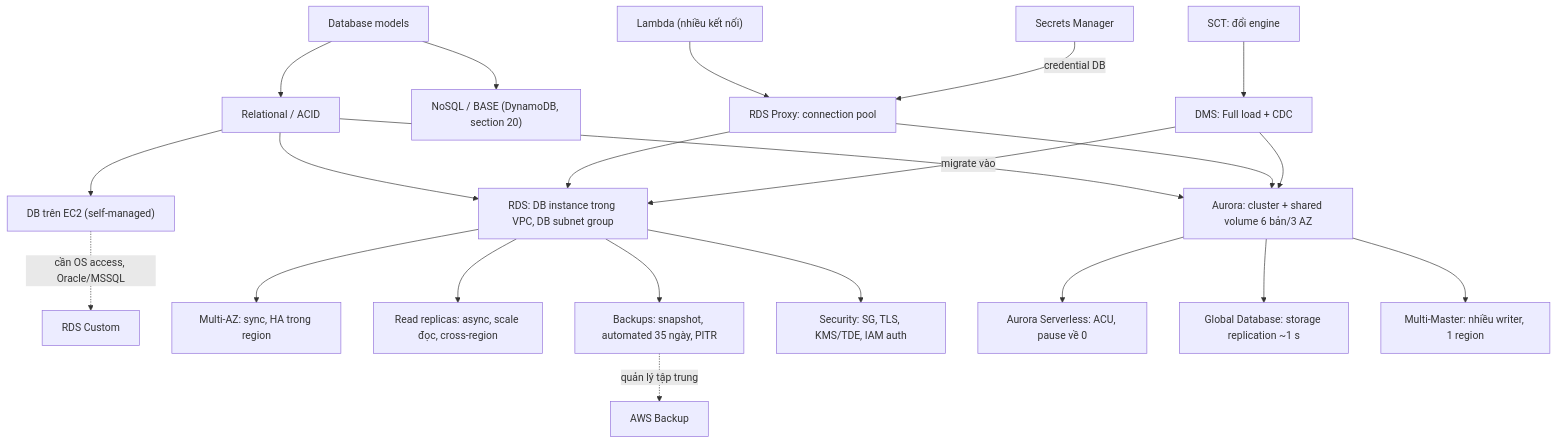
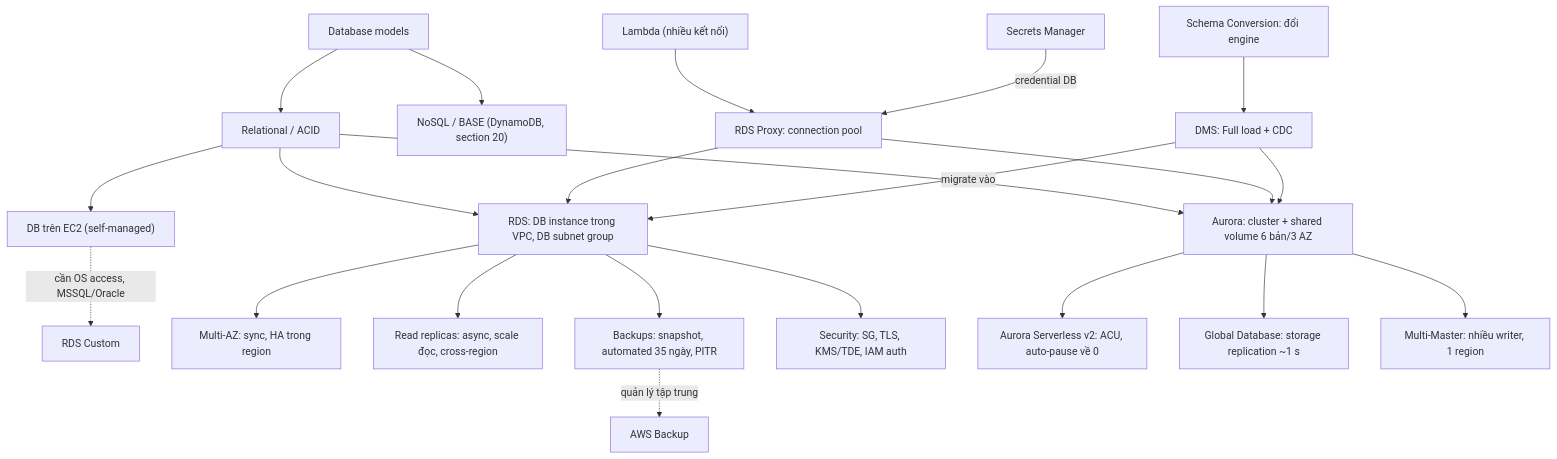
The diagram in data/11 Databases/_MOC 11 Databases.md (hairbui76/aws-saa-c03), drawn with Mermaid before and after one commit. The commit also changed other lines of this file and 68 other files, not shown here.

````diff
--- a/data/11 Databases/_MOC 11 Databases.md
+++ b/data/11 Databases/_MOC 11 Databases.md
@@ -29,24 +29,24 @@
 ```mermaid
 flowchart TB
   MOD["Database models"] --> REL["Relational / ACID"]
   MOD --> NOSQL["NoSQL / BASE (DynamoDB, section 20)"]
   REL --> EC2DB["DB trên EC2 (self-managed)"]
   REL --> RDS["RDS: DB instance trong VPC, DB subnet group"]
   REL --> AUR["Aurora: cluster + shared volume 6 bản/3 AZ"]
-  EC2DB -.->|"cần OS access, Oracle/MSSQL"| CUST["RDS Custom"]
+  EC2DB -.->|"cần OS access, MSSQL/Oracle"| CUST["RDS Custom"]
   RDS --> MAZ["Multi-AZ: sync, HA trong region"]
   RDS --> RR["Read replicas: async, scale đọc, cross-region"]
   RDS --> BK["Backups: snapshot, automated 35 ngày, PITR"]
   RDS --> SEC["Security: SG, TLS, KMS/TDE, IAM auth"]
-  AUR --> SLS["Aurora Serverless: ACU, pause về 0"]
+  AUR --> SLS["Aurora Serverless v2: ACU, auto-pause về 0"]
   AUR --> GDB["Global Database: storage replication ~1 s"]
   AUR --> MM["Multi-Master: nhiều writer, 1 region"]
   PROXY["RDS Proxy: connection pool"] --> RDS
   PROXY --> AUR
   LAMBDA["Lambda (nhiều kết nối)"] --> PROXY
   SM["Secrets Manager"] -->|"credential DB"| PROXY
   DMS["DMS: Full load + CDC"] -->|"migrate vào"| RDS
   DMS --> AUR
-  SCT["SCT: đổi engine"] --> DMS
+  SCT["Schema Conversion: đổi engine"] --> DMS
   BK -.->|"quản lý tập trung"| BAK["AWS Backup"]
 ```
````
